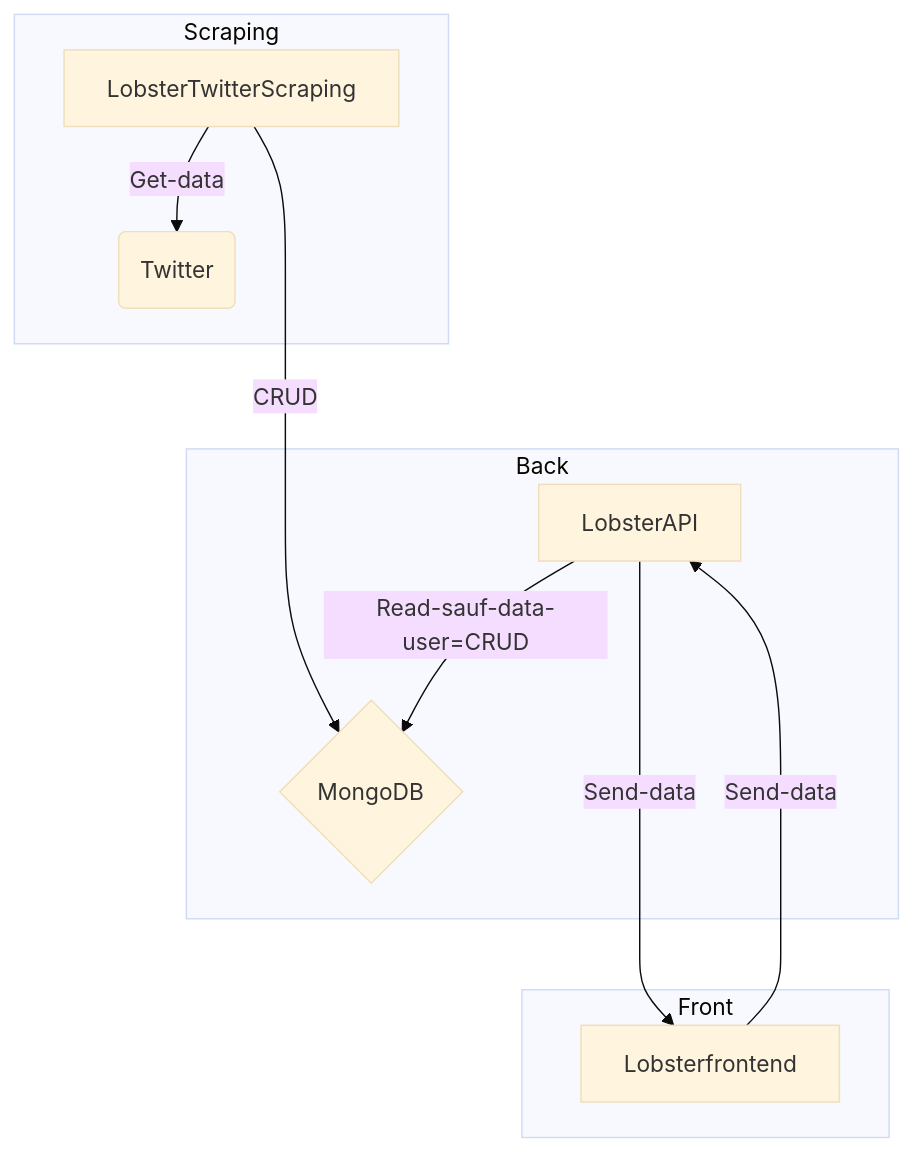
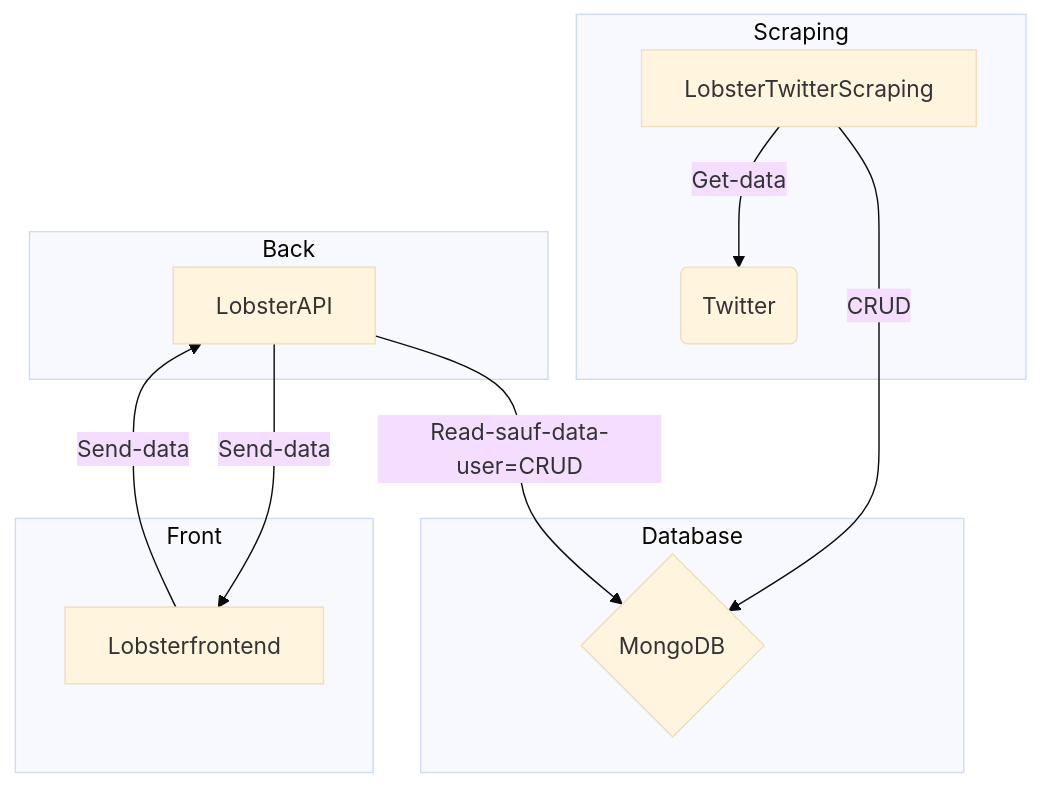
Before and after one commit to LobsterOrganization/LobsterAPI: the diagram in README.md, drawn with Mermaid (base theme).

Commit message:
fix v2 project architecture

````diff
--- a/README.md
+++ b/README.md
@@ -18,14 +18,16 @@
 ```mermaid
 graph TD;
 subgraph Scraping
 A[LobsterTwitterScraping]-->|Get-data| B(Twitter)
 end
+subgraph Database
+A ---> |CRUD| C{MongoDB}
+end
 subgraph Back
-A ----> |CRUD| C{MongoDB}
 D[LobsterAPI] --> |Read-sauf-data-user=CRUD| C
 end
 subgraph Front
-D ---> |Send-data| E[Lobsterfrontend]
-E ---> |Send-data| D
+D --> |Send-data| E[Lobsterfrontend]
+E --> |Send-data| D
 end
 ```
````
